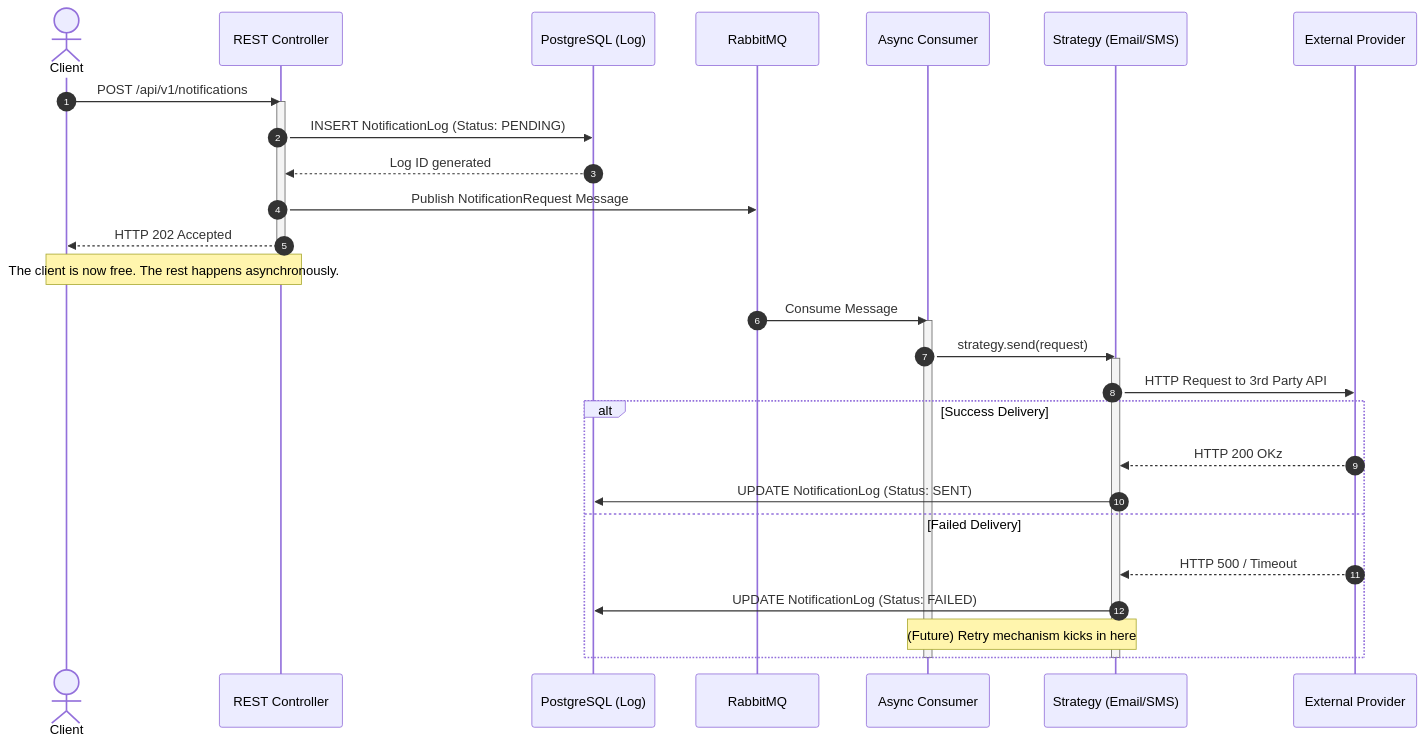
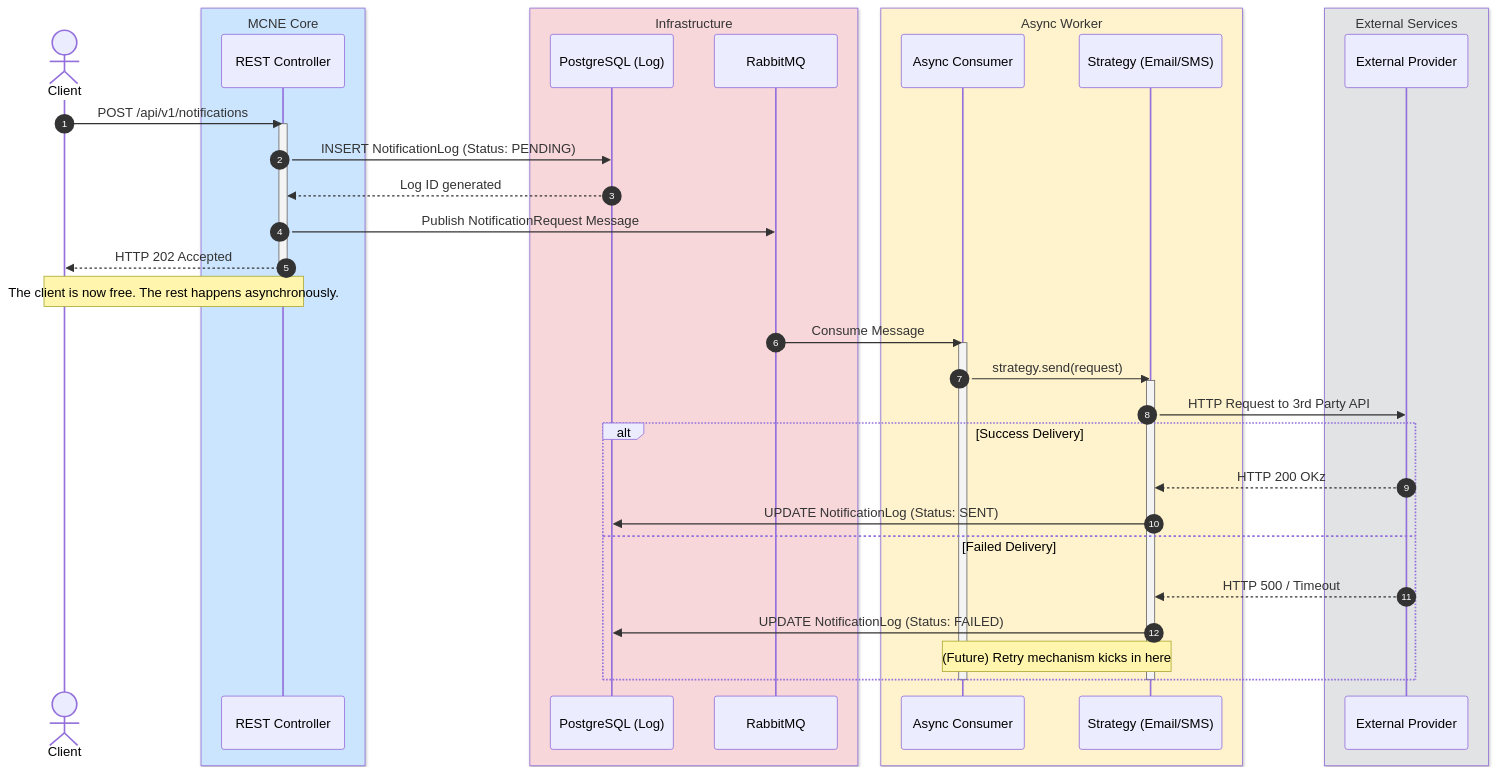
The second of 3 diagrams in ARCHITECTURE.md (pmfml/multi-channel-notification-engine), drawn with Mermaid before and after one commit. The commit also changed other lines of this file, not shown here.

Commit message:
docs: apply colors to architecture diagrams

````diff
--- a/ARCHITECTURE.md
+++ b/ARCHITECTURE.md
@@ -43,39 +52,48 @@
 ```mermaid
 sequenceDiagram
     autonumber
     actor Client
-    participant API as REST Controller
-    participant DB as PostgreSQL (Log)
-    participant MQ as RabbitMQ
-    participant Worker as Async Consumer
-    participant Strategy as Strategy (Email/SMS)
-    participant External as External Provider
+
+    box rgb(204, 229, 255) MCNE Core
+        participant API as REST Controller
+    end
+    box rgb(248, 215, 218) Infrastructure
+        participant DB as PostgreSQL (Log)
+        participant MQ as RabbitMQ
+    end
+    box rgb(255, 243, 205) Async Worker
+        participant Worker as Async Consumer
+        participant Strategy as Strategy (Email/SMS)
+    end
+    box rgb(226, 227, 229) External Services
+        participant External as External Provider
+    end
 
     Client->>API: POST /api/v1/notifications
     activate API
     API->>DB: INSERT NotificationLog (Status: PENDING)
     DB-->>API: Log ID generated
     API->>MQ: Publish NotificationRequest Message
     API-->>Client: HTTP 202 Accepted
     deactivate API
 
     Note over Client,API: The client is now free. The rest happens asynchronously.
 
     MQ->>Worker: Consume Message
     activate Worker
     Worker->>Strategy: strategy.send(request)
     activate Strategy
     Strategy->>External: HTTP Request to 3rd Party API
 
     alt Success Delivery
         External-->>Strategy: HTTP 200 OKz
         Strategy->>DB: UPDATE NotificationLog (Status: SENT)
     else Failed Delivery
         External-->>Strategy: HTTP 500 / Timeout
         Strategy->>DB: UPDATE NotificationLog (Status: FAILED)
         Note over Strategy,Worker: (Future) Retry mechanism kicks in here
     end
 
     deactivate Strategy
     deactivate Worker
 ```
````
